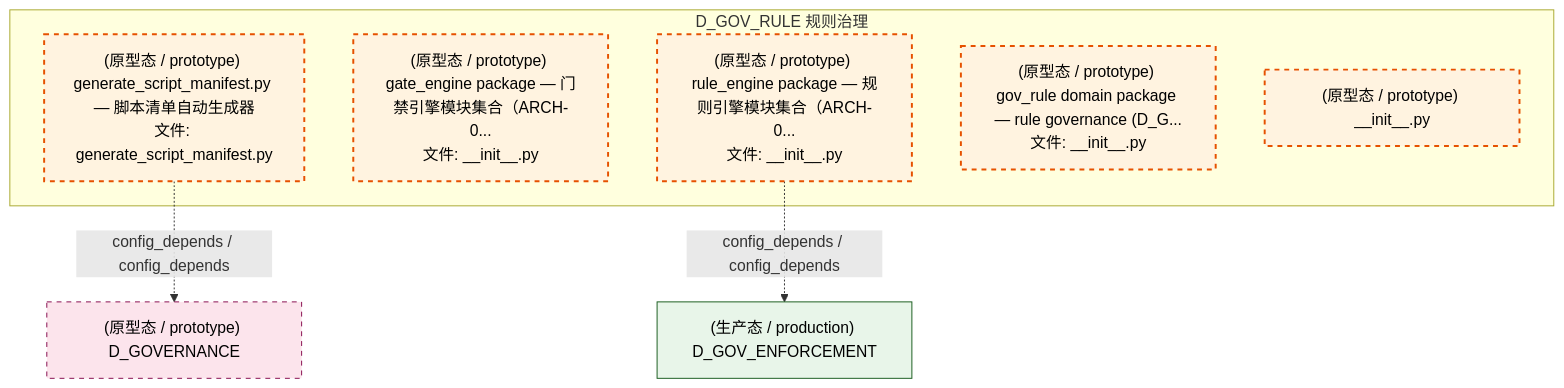
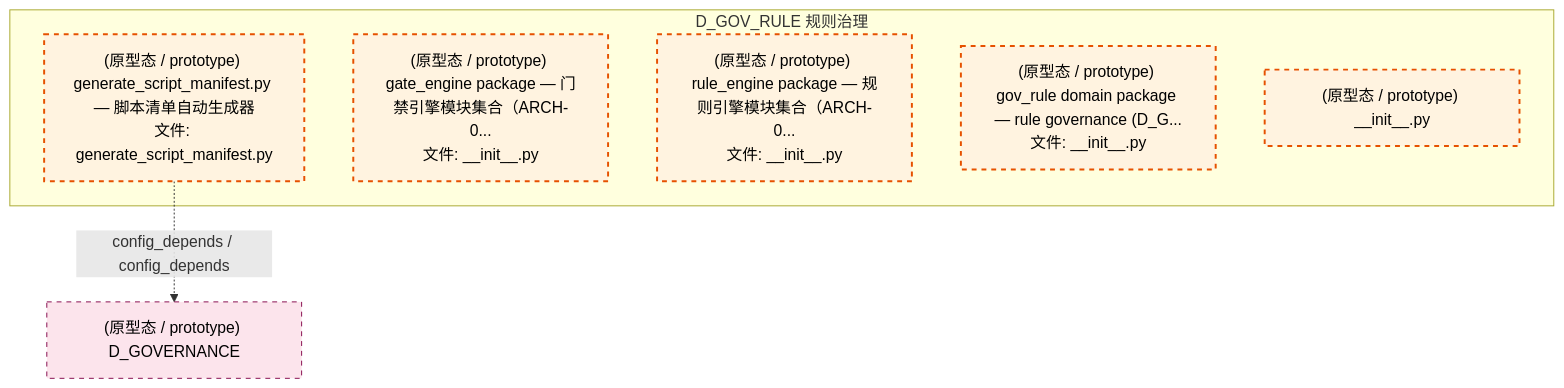
One commit to xuanFelixVan/ZephyrAlpha changed the fourth of 5 diagrams in docs/02_enterprise_architecture/02_domain_architecture_docs/43_d_gov_rule.md. Above: the diagram before and after it, drawn with Mermaid. The commit also changed other lines of this file and 122 other files, not shown here.

````diff
--- a/docs/02_enterprise_architecture/02_domain_architecture_docs/43_d_gov_rule.md
+++ b/docs/02_enterprise_architecture/02_domain_architecture_docs/43_d_gov_rule.md
@@ -347,21 +348,18 @@
 ```mermaid
 graph TD
     subgraph D_GOV_RULE["D_GOV_RULE 规则治理"]
         scripts_governance_generators_generate_script_manifest_py["(原型态 / prototype) generate_script_manifest.py — 脚本清单自动生成器<br/>文件: generate_script_manifest.py"]
         src_zephyr_gov_enforcement_rule_enforcement_gate_engine_init_py["(原型态 / prototype) gate_engine package — 门禁引擎模块集合（ARCH-0...<br/>文件: __init__.py"]
         src_zephyr_gov_enforcement_rule_enforcement_rule_engine_init_py["(原型态 / prototype) rule_engine package — 规则引擎模块集合（ARCH-0...<br/>文件: __init__.py"]
         src_zephyr_gov_rule_init_py["(原型态 / prototype) gov_rule domain package — rule governance (D_G...<br/>文件: __init__.py"]
         src_zephyr_gov_rule_constitutional_update_init_py["(原型态 / prototype) __init__.py"]
     end
-    D_GOV_ENFORCEMENT["(生产态 / production) D_GOV_ENFORCEMENT"]
-    src_zephyr_gov_enforcement_rule_enforcement_rule_engine_init_py -.->|config_depends / config_depends| D_GOV_ENFORCEMENT
     D_GOVERNANCE["(原型态 / prototype) D_GOVERNANCE"]
     scripts_governance_generators_generate_script_manifest_py -.->|config_depends / config_depends| D_GOVERNANCE
     classDef production fill:#e1f5fe,stroke:#01579b,stroke-width:2px,color:#000
     classDef design fill:#fff3e0,stroke:#e65100,stroke-width:2px,color:#000,stroke-dasharray: 5 5
     classDef external_prod fill:#e8f5e9,stroke:#1b5e20,stroke-width:1px,color:#000
     classDef external_design fill:#fce4ec,stroke:#880e4f,stroke-width:1px,color:#000,stroke-dasharray: 5 5
     class scripts_governance_generators_generate_script_manifest_py,src_zephyr_gov_enforcement_rule_enforcement_gate_engine_init_py,src_zephyr_gov_enforcement_rule_enforcement_rule_engine_init_py,src_zephyr_gov_rule_init_py,src_zephyr_gov_rule_constitutional_update_init_py design
-    class D_GOV_ENFORCEMENT external_prod
     class D_GOVERNANCE external_design
 ```
````
